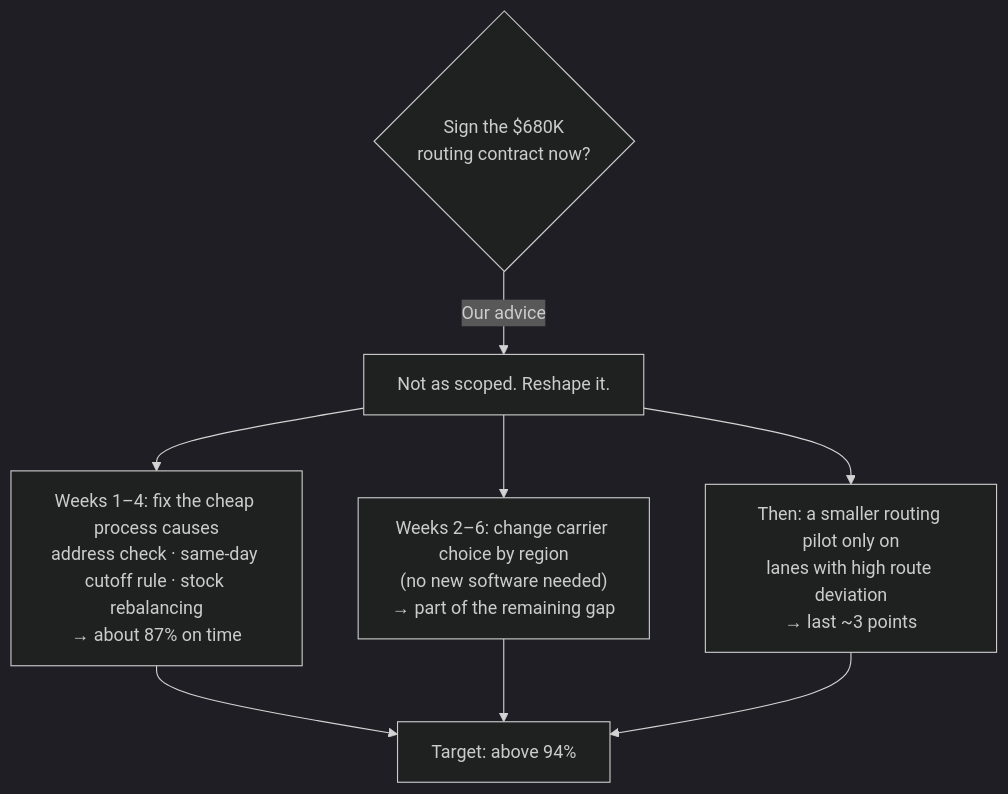
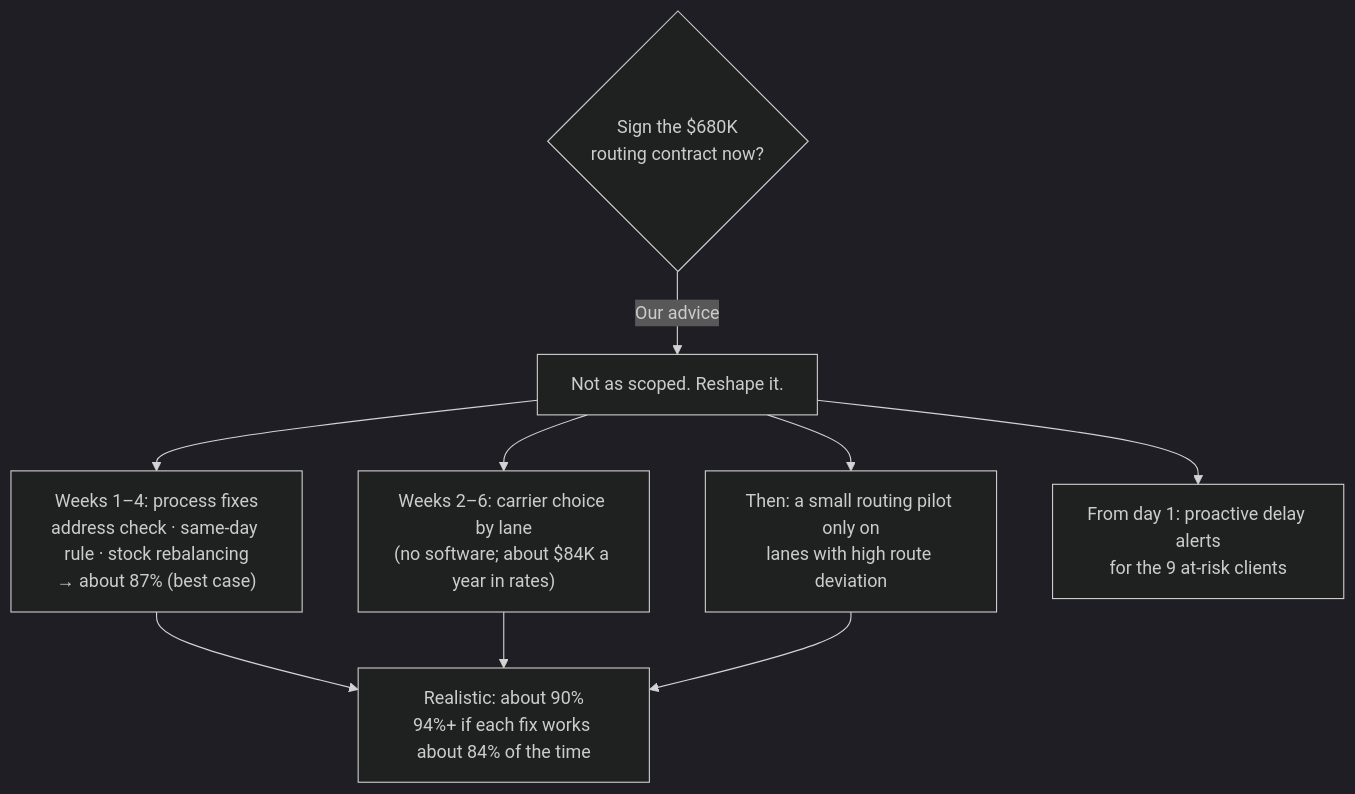
Before and after one commit to saimuthiki/halcyon-deliverylens: the eighth of 8 diagrams in docs/03-what-the-data-says.md, drawn with Mermaid (dark theme). The commit also changed other lines of this file and 5 other files, not shown here.

First line of the commit message:
Docs: corrected findings - Carrier D everywhere, realistic 90.2% vs 99.0% ceiling, business case

````diff
--- a/docs/03-what-the-data-says.md
+++ b/docs/03-what-the-data-says.md
@@ -166,10 +190,11 @@
 ```mermaid
 flowchart TB
   Q{"Sign the $680K<br/>routing contract now?"} -->|Our advice| A["Not as scoped. Reshape it."]
-  A --> F1["Weeks 1–4: fix the cheap process causes<br/>address check · same-day cutoff rule · stock rebalancing<br/>→ about 87% on time"]
-  A --> F2["Weeks 2–6: change carrier choice by region<br/>(no new software needed)<br/>→ part of the remaining gap"]
-  A --> F3["Then: a smaller routing pilot only on<br/>lanes with high route deviation<br/>→ last ~3 points"]
-  F1 --> G["Target: above 94%"]
+  A --> F1["Weeks 1–4: process fixes<br/>address check · same-day rule · stock rebalancing<br/>→ about 87% (best case)"]
+  A --> F2["Weeks 2–6: carrier choice by lane<br/>(no software; about $84K a year in rates)"]
+  A --> F3["Then: a small routing pilot only on<br/>lanes with high route deviation"]
+  A --> F4["From day 1: proactive delay alerts<br/>for the 9 at-risk clients"]
+  F1 --> G["Realistic: about 90%<br/>94%+ if each fix works about 84% of the time"]
   F2 --> G
   F3 --> G
 ```
````
